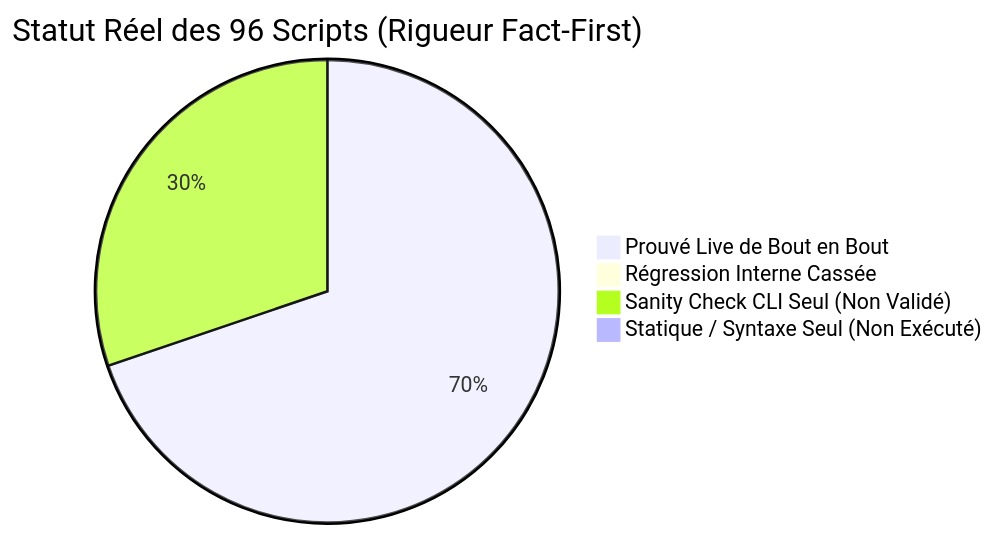
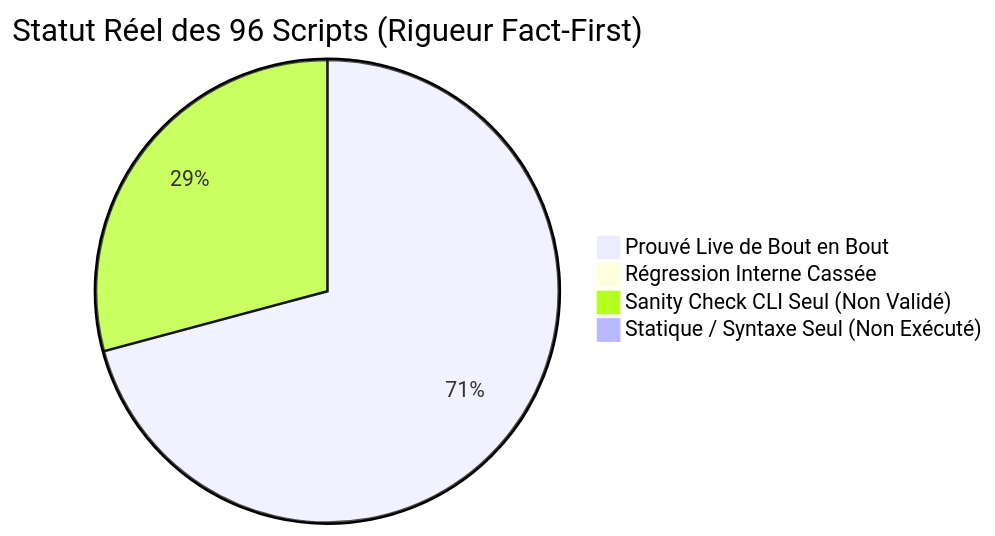
One commit to yoyonel/pydbsrt changed the diagram in docs/reference/2026-11-10-audit-exhaustif-scripts-regressions.md. Above: the diagram before and after it, drawn with Mermaid. The commit also changed other lines of this file and 3 other files, not shown here.

````diff
--- a/docs/reference/2026-11-10-audit-exhaustif-scripts-regressions.md
+++ b/docs/reference/2026-11-10-audit-exhaustif-scripts-regressions.md
@@ -16,7 +16,7 @@
 ```mermaid
 pie title Statut Réel des 96 Scripts (Rigueur Fact-First)
-    "Prouvé Live de Bout en Bout" : 67
+    "Prouvé Live de Bout en Bout" : 68
     "Régression Interne Cassée" : 0
-    "Sanity Check CLI Seul (Non Validé)" : 29
+    "Sanity Check CLI Seul (Non Validé)" : 28
     "Statique / Syntaxe Seul (Non Exécuté)" : 0
 ```
````
